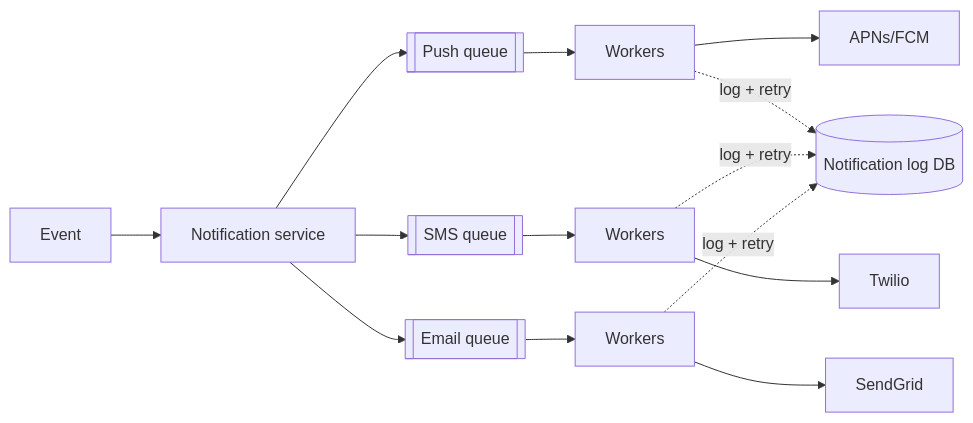
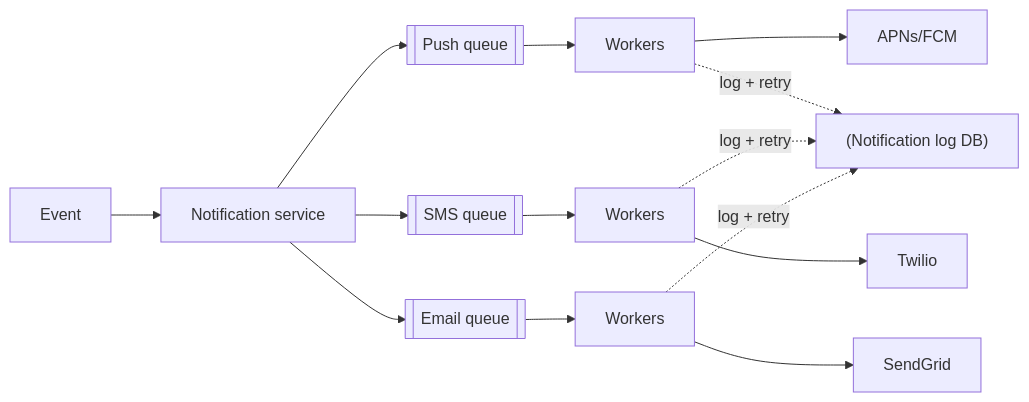
One commit to pankajThakur1874/studysheet changed the third of 3 diagrams in files/System-Design-Questions/09_notification_system.md. Above: the diagram before and after it, drawn with Mermaid. The commit also changed other lines of this file and 102 other files, not shown here.

Commit message:
Auto-fix Mermaid diagram syntax across all study guides to prevent Syntax Error in Mermaid v10

````diff
--- a/files/System-Design-Questions/09_notification_system.md
+++ b/files/System-Design-Questions/09_notification_system.md
@@ -509,8 +509,8 @@
 ```mermaid
 flowchart LR
     E[Event] --> NS[Notification service]
     NS --> Q1[[Push queue]] --> W1[Workers] --> APNs/FCM
     NS --> Q2[[SMS queue]] --> W2[Workers] --> Twilio
     NS --> Q3[[Email queue]] --> W3[Workers] --> SendGrid
-    W1 & W2 & W3 -.log + retry.-> LOG[(Notification log DB)]
+    W1 & W2 & W3 -.log + retry.-> LOG["(Notification log DB)"]
 ```
````
